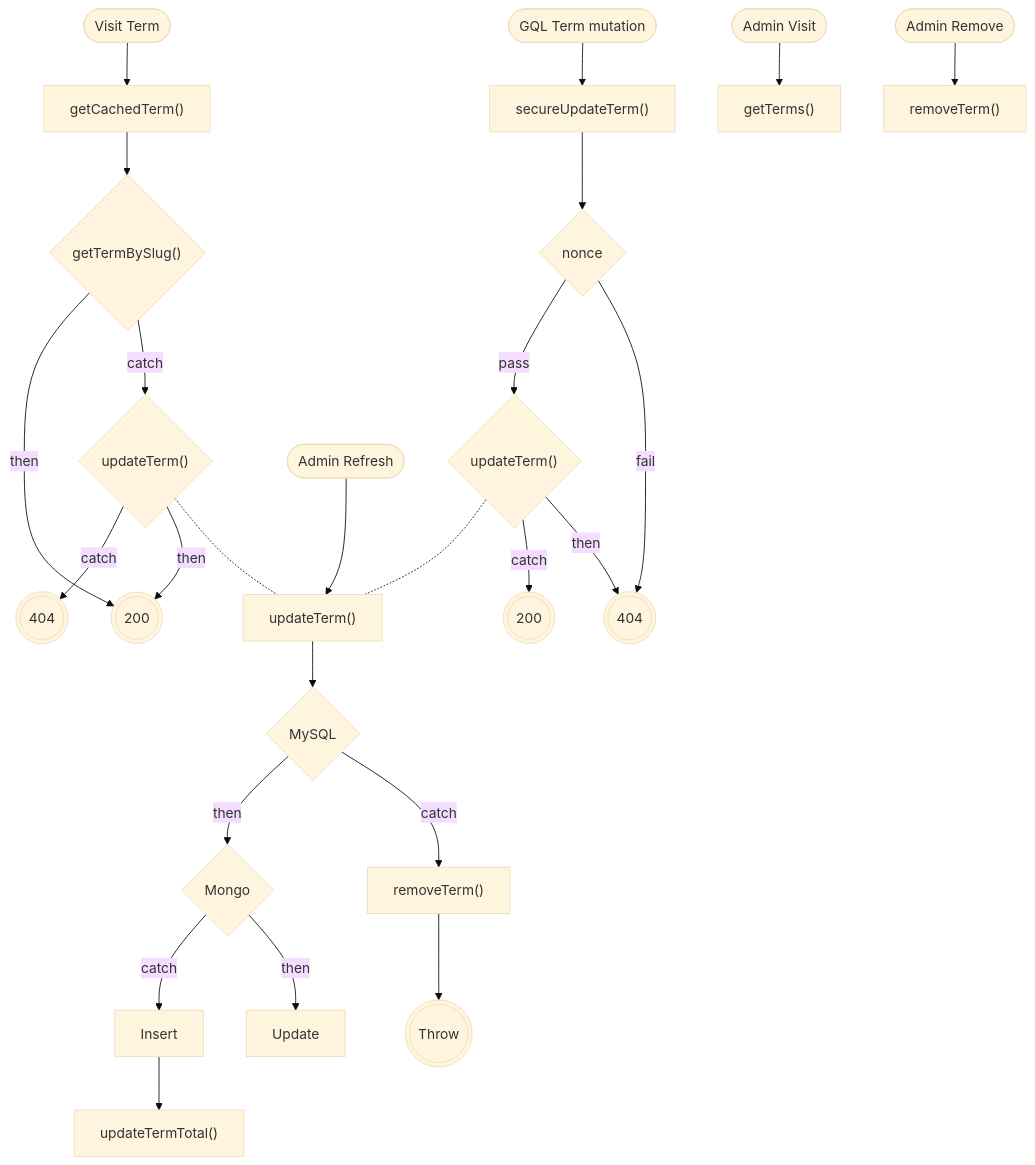
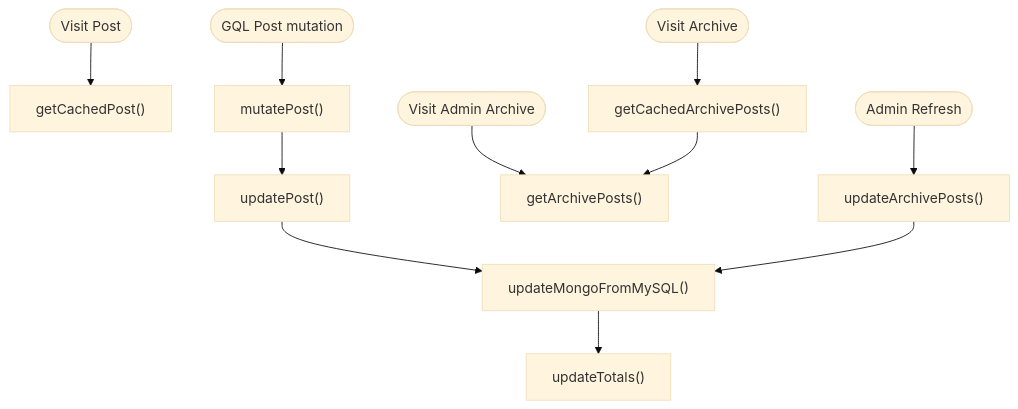
The second of 4 diagrams in app/_lib/data/mongo/wordpress/diagram.md (sujin2f/Sujin), drawn with Mermaid (base theme) before and after one commit. The commit also changed other lines of this file and 112 other files, not shown here.

````diff
--- a/app/_lib/data/mongo/wordpress/diagram.md
+++ b/app/_lib/data/mongo/wordpress/diagram.md
@@ -37,34 +37,19 @@
 ```mermaid
 flowchart
-    A@{ shape: stadium, label: "Visit Term" } --> G1["getCachedTerm()"]
-    G1 --> G3@{ shape: diamond, label: "getTermBySlug()" }
-    G3 -->|catch| G4@{ shape: diamond, label: "updateTerm()" }
-    G3 -->|then| G5@{ shape: dbl-circ, label: "200" }
-    G4 -.- J6
-    G4 -->|then| G5
-    G4 -->|catch| G8@{ shape: dbl-circ, label: "404" }
+    A@{ shape: stadium, label: "Visit Post" } --> A1["getCachedPost()"]
 
-    B@{ shape: stadium, label: "GQL Term mutation" } --> I1
-    I1["secureUpdateTerm()"] --> I2@{ shape: diamond, label: "nonce" }
-    I2 -->|fail| I3@{ shape: dbl-circ, label: "404" }
-    I2 -->|pass| I4@{ shape: diamond, label: "updateTerm()" }
-    I4 -->|then| I3
-    I4 -->|catch| I5@{ shape: dbl-circ, label: "200" }
+    B@{ shape: stadium, label: "GQL Post mutation" } --> B1["mutatePost()"]
+    B1 --> B2["updatePost()"]
 
-    J1@{ shape: stadium, label: "Admin Visit" } --> J2["getTerms()"]
+    C@{ shape: stadium, label: "Visit Archive" } --> C1["getCachedArchivePosts()"]
 
-    J3@{ shape: stadium, label: "Admin Remove" } --> J4["removeTerm()"]
+    D@{ shape: stadium, label: "Visit Admin Archive" } --> D1["getArchivePosts()"]
 
-    J5@{ shape: stadium, label: "Admin Refresh" } --> J6["updateTerm()" ]
+    E@{ shape: stadium, label: "Admin Refresh" } --> E1["updateArchivePosts()"]
 
-    J6 --> K3@{ shape: diamond, label: "MySQL" }
-    K3 -->|catch| K4["removeTerm()"]
-    K3 -->|then| K5@{ shape: diamond, label: "Mongo" }
-    K5 -->|then| K6["Update"]
-    K5 -->|catch| K7["Insert"]
-    K4 --> K9@{ shape: dbl-circ, label: "Throw" }
+    Z["updateMongoFromMySQL()"] --> Z1["updateTotals()"]
 
-    I4 -.- J6
-
-    K7 --> TERM1["updateTermTotal()"]
+    B2 --> Z
+    E1 --> Z
+    C1 --> D1
 ```
````
